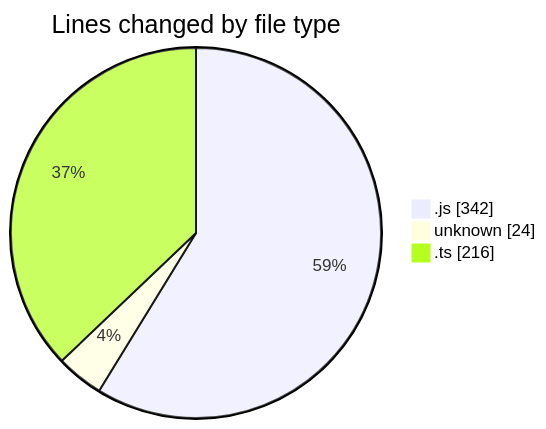
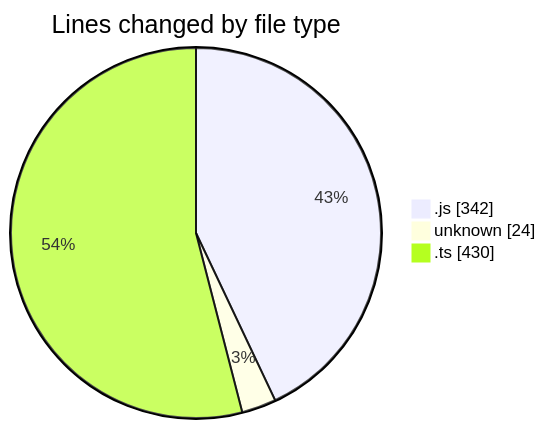
The first of 2 diagrams in 2025-02-05/cda/README.md (momahboobian/code-tracking), drawn with Mermaid before and after one commit. The commit also changed other lines of this file and 1 other file, not shown here.

````diff
--- a/2025-02-05/cda/README.md
+++ b/2025-02-05/cda/README.md
@@ -28,7 +29,7 @@
 ```mermaid
 pie showData
 title Lines changed by file type
 ".js" : 342
 "unknown" : 24
-".ts" : 216
+".ts" : 430
 ```
````
